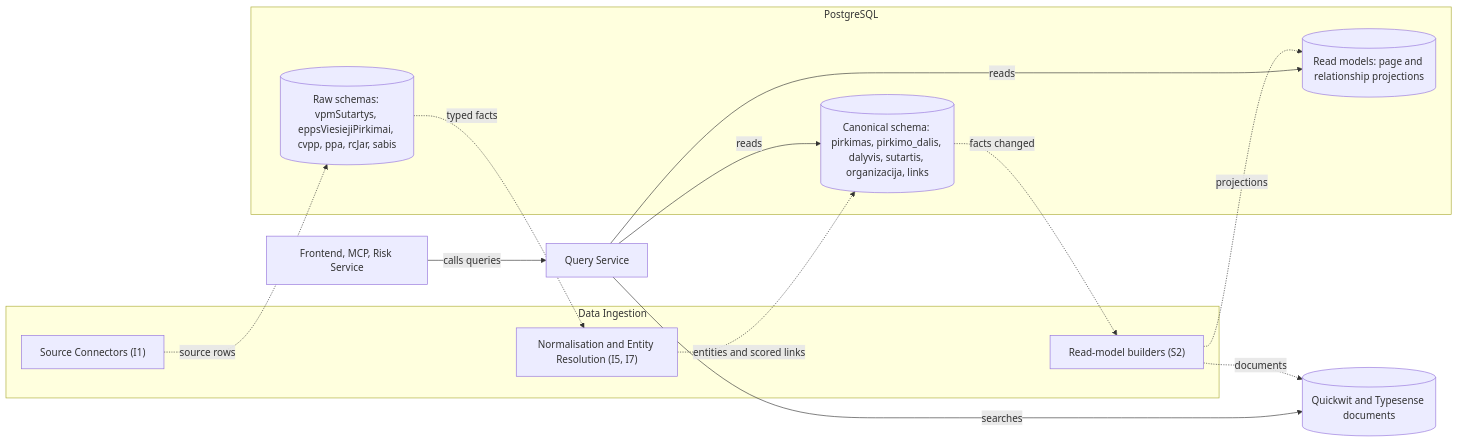
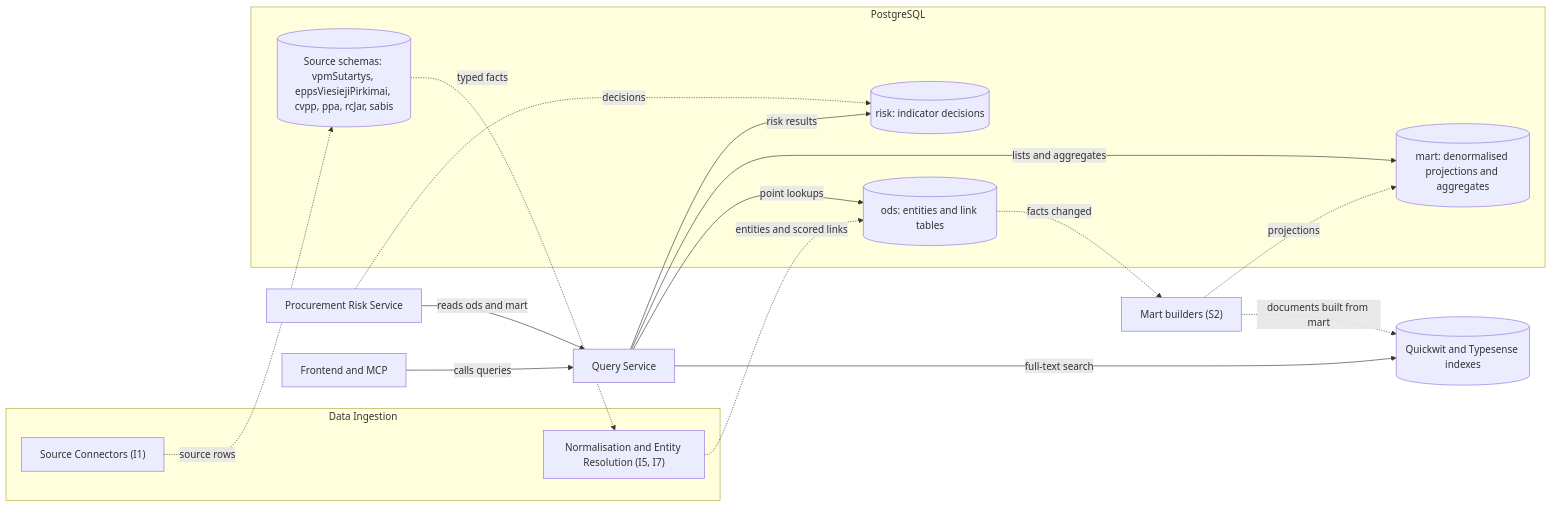
Before and after one commit to Viespirkiu-grupe/viespirkiai: the ninth of 9 diagrams in docs/architecture/architecture-upgrade.md, drawn with Mermaid. The commit also changed other lines of this file and 1 other file, not shown here.

Commit message:
clarified domain model

````diff
--- a/docs/architecture/architecture-upgrade.md
+++ b/docs/architecture/architecture-upgrade.md
@@ -1237,26 +1198,31 @@
 ```mermaid
 flowchart LR
     subgraph ingestion["Data Ingestion"]
         Connectors["Source Connectors (I1)"]
-        Resolution["Normalisation and Entity Resolution (I5, I7)"]
-        Projector["Read-model builders (S2)"]
+        Integration["Normalisation and Entity Resolution (I5, I7)"]
     end
-    subgraph db["PostgreSQL"]
-        Raw[("Raw schemas: vpmSutartys, eppsViesiejiPirkimai, cvpp, ppa, rcJar, sabis")]
-        Canonical[("Canonical schema: pirkimas, pirkimo_dalis, dalyvis, sutartis, organizacija, links")]
-        ReadModels[("Read models: page and relationship projections")]
+    subgraph pg["PostgreSQL"]
+        Source[("Source schemas: vpmSutartys, eppsViesiejiPirkimai, cvpp, ppa, rcJar, sabis")]
+        Ods[("ods: entities and link tables")]
+        Mart[("mart: denormalised projections and aggregates")]
+        Risk[("risk: indicator decisions")]
     end
-    Search[("Quickwit and Typesense documents")]
+    MartBuilders["Mart builders (S2)"]
+    Search[("Quickwit and Typesense indexes")]
+    RiskService["Procurement Risk Service"]
     QueryService["Query Service"]
-    Consumers["Frontend, MCP, Risk Service"]
-    Connectors -.->|source rows| Raw
-    Raw -.->|typed facts| Resolution
-    Resolution -.->|entities and scored links| Canonical
-    Canonical -.->|facts changed| Projector
-    Projector -.->|projections| ReadModels
-    Projector -.->|documents| Search
-    QueryService -->|reads| Canonical
-    QueryService -->|reads| ReadModels
-    QueryService -->|searches| Search
+    Consumers["Frontend and MCP"]
+    Connectors -.->|source rows| Source
+    Source -.->|typed facts| Integration
+    Integration -.->|entities and scored links| Ods
+    Ods -.->|facts changed| MartBuilders
+    MartBuilders -.->|projections| Mart
+    MartBuilders -.->|documents built from mart| Search
+    RiskService -.->|decisions| Risk
+    RiskService -->|reads ods and mart| QueryService
     Consumers -->|calls queries| QueryService
+    QueryService -->|point lookups| Ods
+    QueryService -->|lists and aggregates| Mart
+    QueryService -->|full-text search| Search
+    QueryService -->|risk results| Risk
 ```
````
